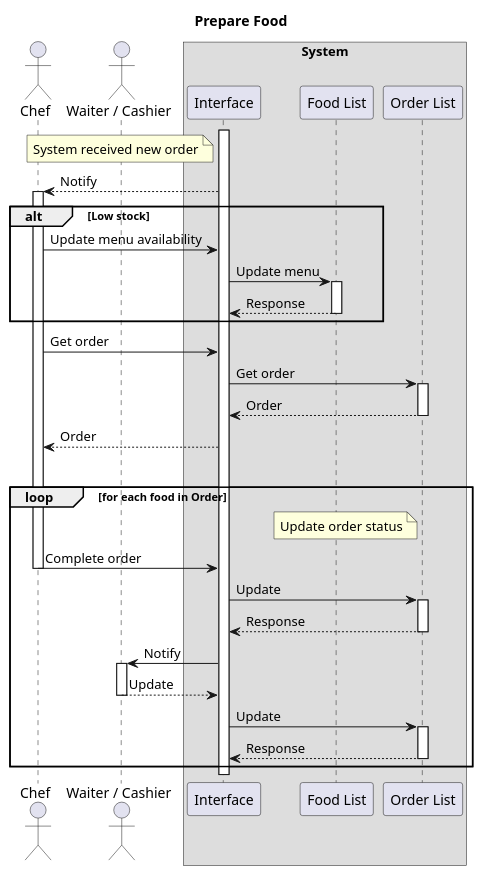
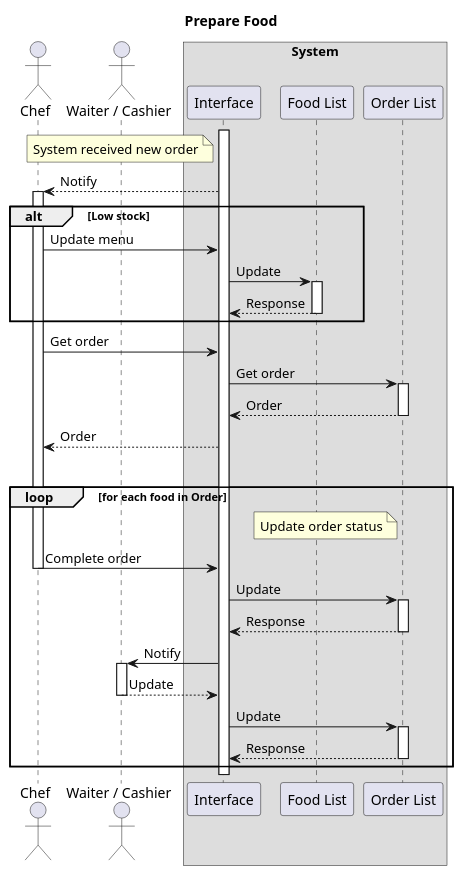
Before and after one commit to Alomory/educational: the diagram in c3113/project/prepare_food.pu, drawn with PlantUML. The commit also changed 1 other file, not shown here.

```diff
--- a/c3113/project/prepare_food.pu
+++ b/c3113/project/prepare_food.pu
@@ -1,40 +1,40 @@
 @startuml Prepare Food
 
 title Prepare Food
 
 actor Chef
 actor "Waiter / Cashier" as Useless
 box System
     participant Interface
     participant "Food List" as Foods
     participant "Order List" as Orders
 end box
 
 note left Interface: System received new order
 activate Interface
 Interface --> Chef ++ : Notify  
 alt Low stock
-    Chef -> Interface: Update menu availability 
-    Interface -> Foods ++ : Update menu
+    Chef -> Interface: Update menu  
+    Interface -> Foods ++ : Update 
     return Response
 end
 Chef -> Interface: Get order
 Interface -> Orders ++ : Get order
 return Order
 Interface --> Chef: Order
 
 |||
 
 loop for each food in Order
     note left Orders: Update order status
     Chef -> Interface -- : Complete order
     Interface -> Orders ++ : Update
     return Response
 
     Interface -> Useless ++ : Notify
     Return Update
     Interface -> Orders ++ : Update
     return Response
 end
 
 @enduml
```
